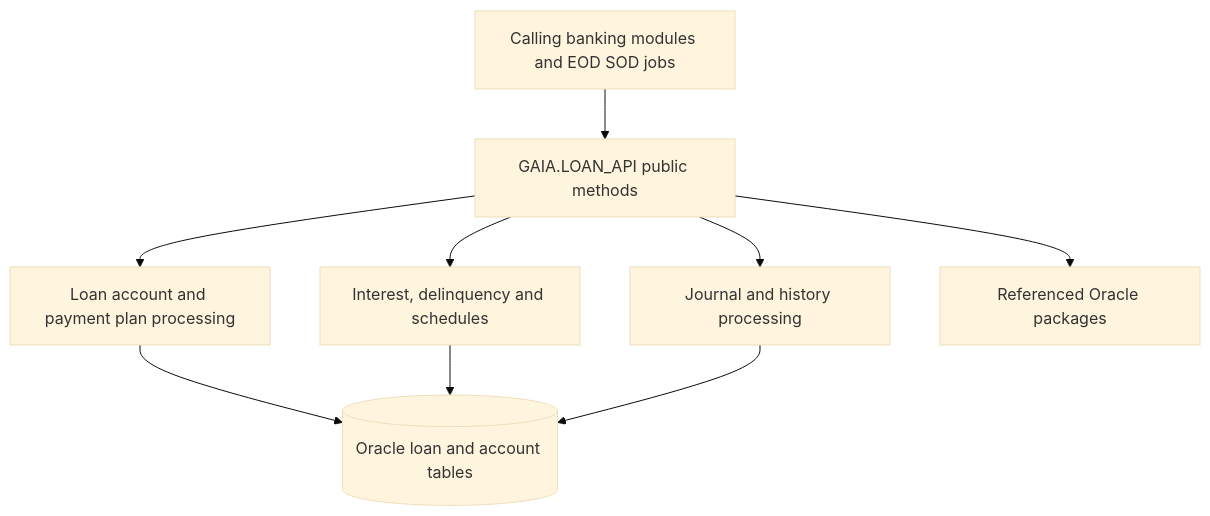
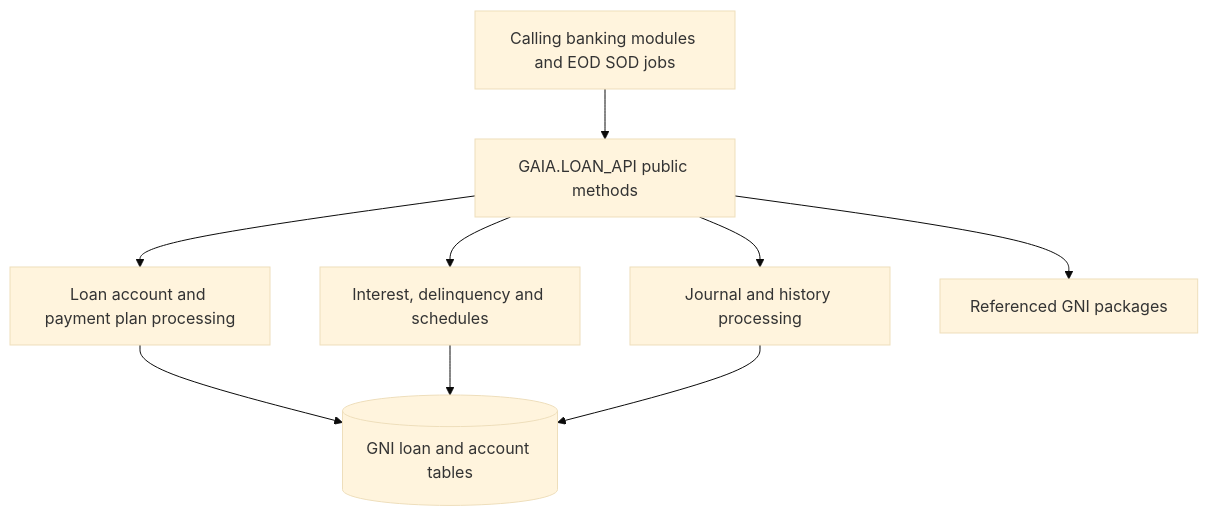
Before and after one commit to SadayCb/gni-documentation-poc3.0: the diagram in docs/architecture.md, drawn with Mermaid (base theme).

````diff
--- a/docs/architecture.md
+++ b/docs/architecture.md
@@ -3,11 +3,11 @@
 ```mermaid
 flowchart TD
     A[Calling banking modules and EOD SOD jobs] --> B[GAIA.LOAN_API public methods]
     B --> C[Loan account and payment plan processing]
     B --> D[Interest, delinquency and schedules]
     B --> E[Journal and history processing]
-    C --> F[(Oracle loan and account tables)]
+    C --> F[(GNI loan and account tables)]
     D --> F
     E --> F
-    B --> G[Referenced Oracle packages]
+    B --> G[Referenced GNI packages]
 ```
````
